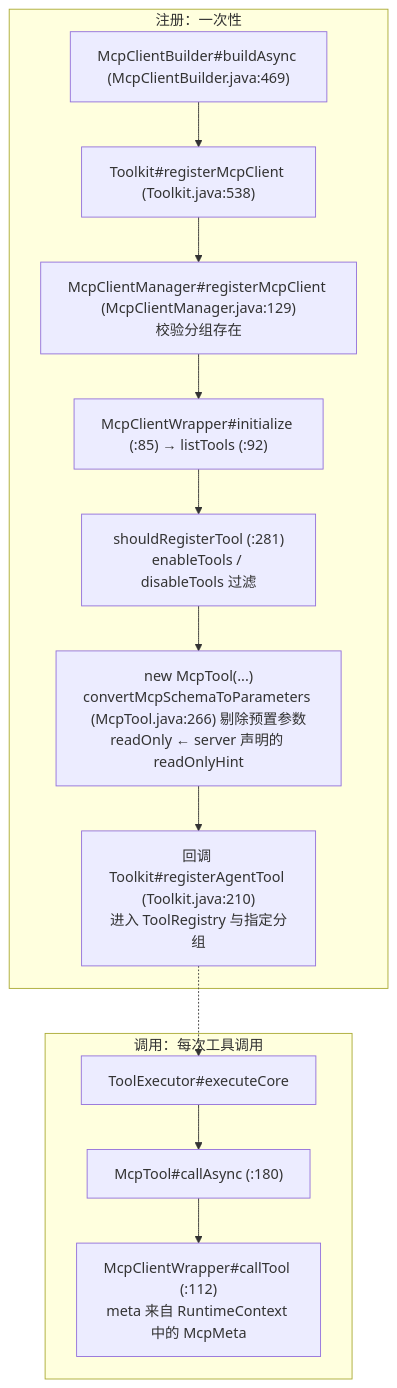
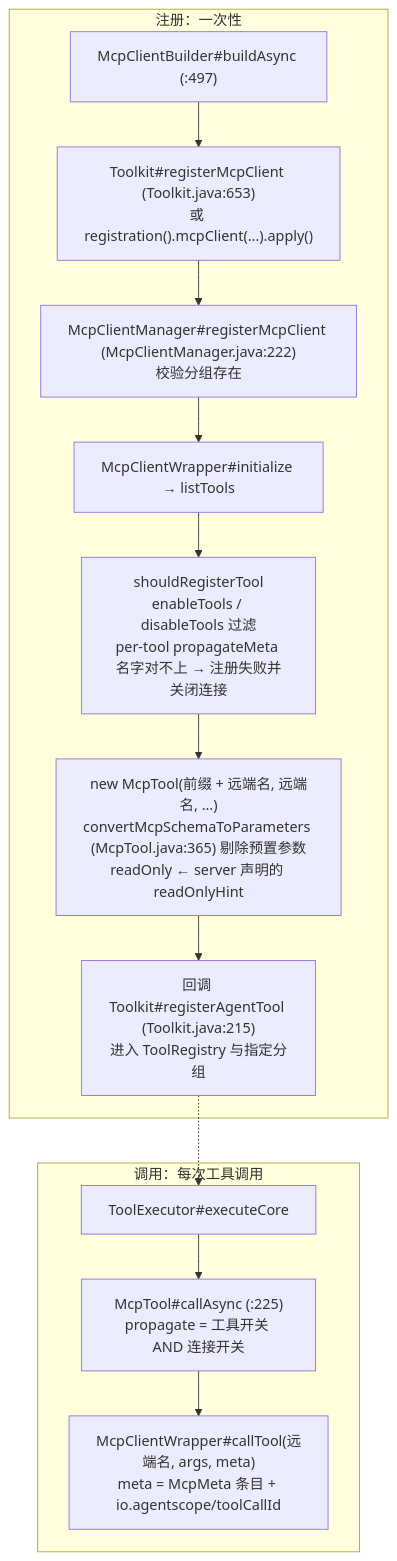
The fifth of 5 diagrams in 04-工具系统.md (liulangjietou/AgentScope-source-analysis), drawn with Mermaid before and after one commit. The commit also changed other lines of this file, not shown here.

Commit message:
docs(ch04): sync tool system to upstream main 2c503d88

````diff
--- a/04-工具系统.md
+++ b/04-工具系统.md
@@ -153,16 +172,16 @@
 ```mermaid
 flowchart TB
     subgraph REG["注册：一次性"]
-        B["McpClientBuilder#buildAsync (McpClientBuilder.java:469)"] --> RM["Toolkit#registerMcpClient (Toolkit.java:538)"]
-        RM --> MM["McpClientManager#registerMcpClient (McpClientManager.java:129)<br/>校验分组存在"]
-        MM --> INIT["McpClientWrapper#initialize (:85) → listTools (:92)"]
-        INIT --> FIL["shouldRegisterTool (:281)<br/>enableTools / disableTools 过滤"]
-        FIL --> NEW["new McpTool(...)<br/>convertMcpSchemaToParameters (McpTool.java:266) 剔除预置参数<br/>readOnly ← server 声明的 readOnlyHint"]
-        NEW --> RAT["回调 Toolkit#registerAgentTool (Toolkit.java:210)<br/>进入 ToolRegistry 与指定分组"]
+        B["McpClientBuilder#buildAsync (:497)"] --> RM["Toolkit#registerMcpClient (Toolkit.java:653)<br/>或 registration().mcpClient(...).apply()"]
+        RM --> MM["McpClientManager#registerMcpClient (McpClientManager.java:222)<br/>校验分组存在"]
+        MM --> INIT["McpClientWrapper#initialize → listTools"]
+        INIT --> FIL["shouldRegisterTool<br/>enableTools / disableTools 过滤<br/>per-tool propagateMeta 名字对不上 → 注册失败并关闭连接"]
+        FIL --> NEW["new McpTool(前缀 + 远端名, 远端名, ...)<br/>convertMcpSchemaToParameters (McpTool.java:365) 剔除预置参数<br/>readOnly ← server 声明的 readOnlyHint"]
+        NEW --> RAT["回调 Toolkit#registerAgentTool (Toolkit.java:215)<br/>进入 ToolRegistry 与指定分组"]
     end
     subgraph CALL["调用：每次工具调用"]
-        C1["ToolExecutor#executeCore"] --> C2["McpTool#callAsync (:180)"]
-        C2 --> C3["McpClientWrapper#callTool (:112)<br/>meta 来自 RuntimeContext 中的 McpMeta"]
+        C1["ToolExecutor#executeCore"] --> C2["McpTool#callAsync (:225)<br/>propagate = 工具开关 AND 连接开关"]
+        C2 --> C3["McpClientWrapper#callTool(远端名, args, meta)<br/>meta = McpMeta 条目 + io.agentscope/toolCallId"]
     end
     RAT -.-> C1
 ```
````
